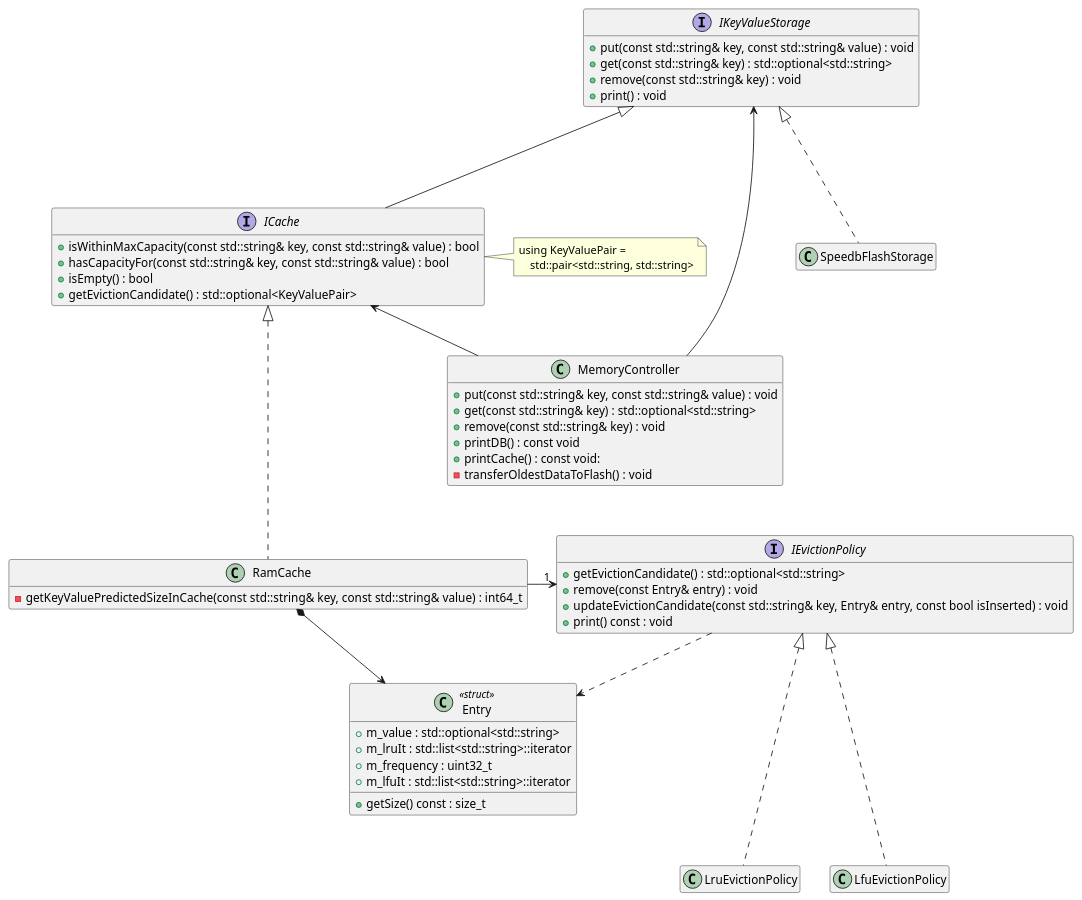
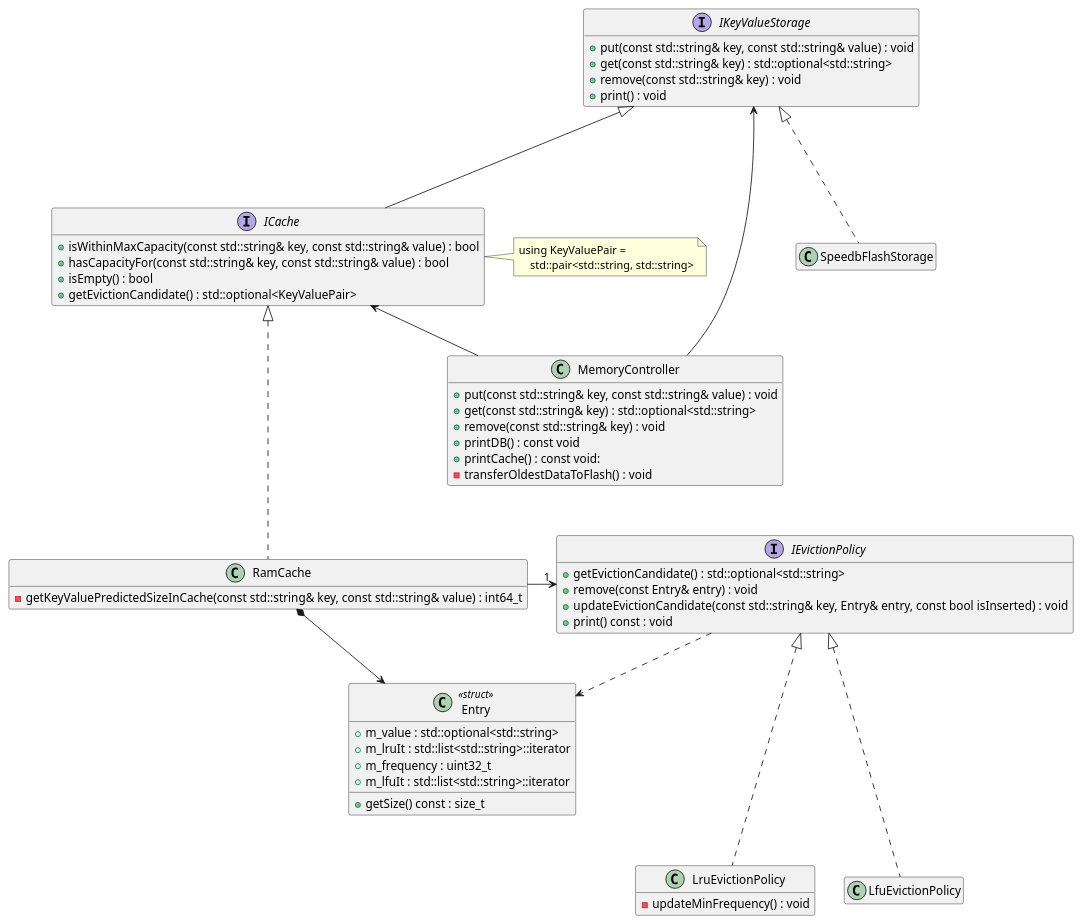
One commit to vitaliti/redis_flex_poc changed the diagram in doc/class_diagram.puml. Above: the diagram before and after it, drawn with PlantUML. The commit also changed 3 other files, not shown here.

Commit message:
Change LFU internal structure to map and fix minFrequency bug

```diff
--- a/doc/class_diagram.puml
+++ b/doc/class_diagram.puml
@@ -1,70 +1,71 @@
 @startuml Redis POC
 hide empty members
 
 interface IKeyValueStorage {
     +put(const std::string& key, const std::string& value) : void
     +get(const std::string& key) : std::optional<std::string>
     +remove(const std::string& key) : void
     +print() : void
 }
 
 interface ICache {
     +isWithinMaxCapacity(const std::string& key, const std::string& value) : bool
     +hasCapacityFor(const std::string& key, const std::string& value) : bool
     +isEmpty() : bool
     +getEvictionCandidate() : std::optional<KeyValuePair>
 }
 
 note right of ICache
 using KeyValuePair =
     std::pair<std::string, std::string>
 end note
 
 class Entry <<struct>> {
     +getSize() const : size_t 
     +m_value : std::optional<std::string>
     +m_lruIt : std::list<std::string>::iterator
     +m_frequency : uint32_t
     +m_lfuIt : std::list<std::string>::iterator
 }
 
 class MemoryController {
     +put(const std::string& key, const std::string& value) : void
     +get(const std::string& key) : std::optional<std::string>
     +remove(const std::string& key) : void
     +printDB() : const void
     +printCache() : const void:
     -transferOldestDataToFlash() : void
 }
 
 class RamCache {
     -getKeyValuePredictedSizeInCache(const std::string& key, const std::string& value) : int64_t
 }
 
 class SpeedbFlashStorage {
 }
 
 interface IEvictionPolicy {
     +getEvictionCandidate() : std::optional<std::string>
     +remove(const Entry& entry) : void
     +updateEvictionCandidate(const std::string& key, Entry& entry, const bool isInserted) : void
     +print() const : void
 }
 
 class LruEvictionPolicy {
+    -updateMinFrequency() : void
 }
 
 LruEvictionPolicy -u..|> IEvictionPolicy
 LfuEvictionPolicy -u..|> IEvictionPolicy
 
 MemoryController -u-> IKeyValueStorage
 MemoryController -u-> ICache
 ICache -u--|> IKeyValueStorage
 SpeedbFlashStorage -u..|> IKeyValueStorage
 RamCache -u..|> ICache
 RamCache -r-> "1" IEvictionPolicy
 RamCache *--> Entry
 
 IEvictionPolicy .d.> Entry
 
 @enduml
```
